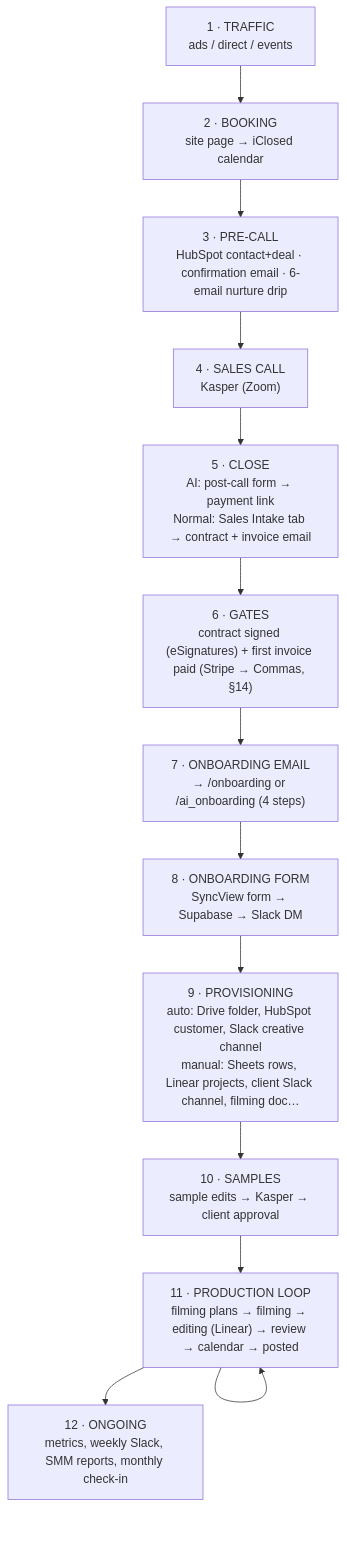
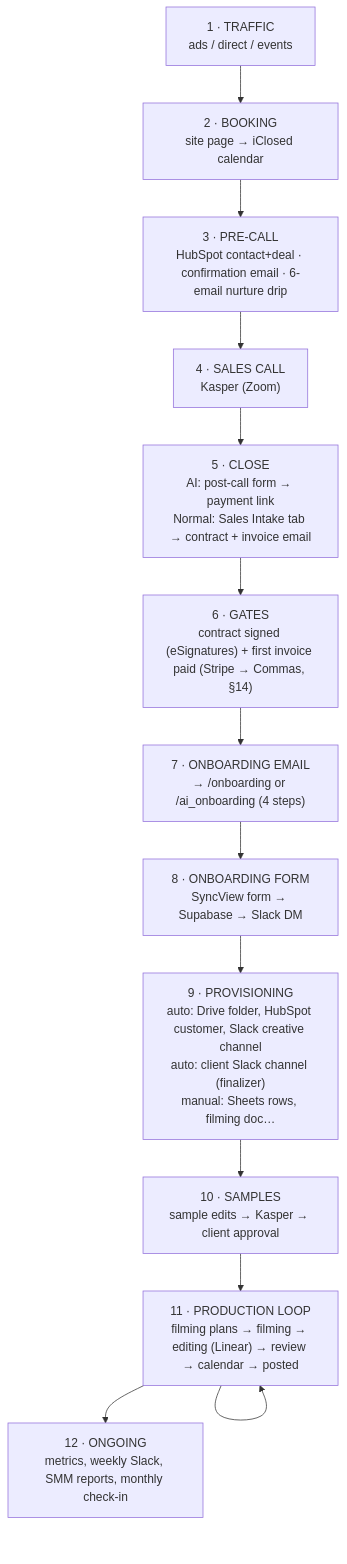
One commit to sidney-afk/client-analytics changed the first of 2 diagrams in docs/CLIENT_LIFECYCLE_MAP.md. Above: the diagram before and after it, drawn with Mermaid. The commit also changed other lines of this file and 1 other file, not shown here.

First line of the commit message:
Runbook: the client Slack channel is automatic (owner decision), plus two stale lines fixed (#1922)

````diff
--- a/docs/CLIENT_LIFECYCLE_MAP.md
+++ b/docs/CLIENT_LIFECYCLE_MAP.md
@@ -48,15 +48,15 @@
 ```mermaid
 flowchart TD
   A["1 · TRAFFIC<br/>ads / direct / events"] --> B["2 · BOOKING<br/>site page → iClosed calendar"]
   B --> C["3 · PRE-CALL<br/>HubSpot contact+deal · confirmation email · 6-email nurture drip"]
   C --> D["4 · SALES CALL<br/>Kasper (Zoom)"]
   D --> E["5 · CLOSE<br/>AI: post-call form → payment link<br/>Normal: Sales Intake tab → contract + invoice email"]
   E --> F["6 · GATES<br/>contract signed (eSignatures) + first invoice paid (Stripe → Commas, §14)"]
   F --> G["7 · ONBOARDING EMAIL<br/>→ /onboarding or /ai_onboarding (4 steps)"]
   G --> H["8 · ONBOARDING FORM<br/>SyncView form → Supabase → Slack DM"]
-  H --> I["9 · PROVISIONING<br/>auto: Drive folder, HubSpot customer, Slack creative channel<br/>manual: Sheets rows, Linear projects, client Slack channel, filming doc…"]
+  H --> I["9 · PROVISIONING<br/>auto: Drive folder, HubSpot customer, Slack creative channel<br/>auto: client Slack channel (finalizer)<br/>manual: Sheets rows, filming doc…"]
   I --> J["10 · SAMPLES<br/>sample edits → Kasper → client approval"]
   J --> K["11 · PRODUCTION LOOP<br/>filming plans → filming → editing (Linear) → review → calendar → posted"]
   K --> L["12 · ONGOING<br/>metrics, weekly Slack, SMM reports, monthly check-in"]
   K --> K
 ```
````
